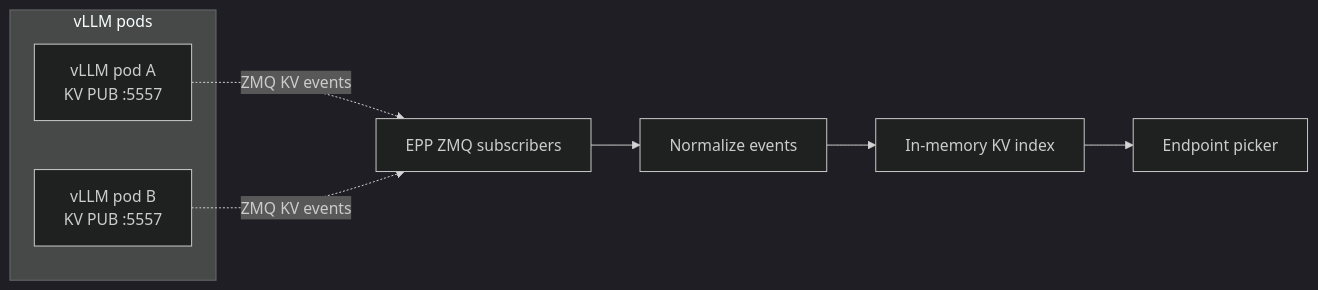
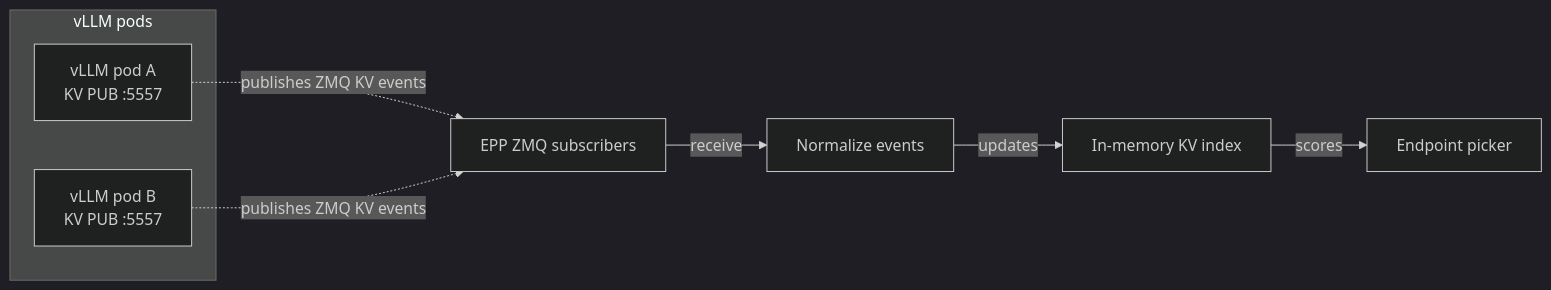
One commit to Nicoh25/dynamo changed the diagram in deploy/inference-gateway/ext-proc/examples/onramp/README.md. Above: the diagram before and after it, drawn with Mermaid (dark theme). The commit also changed 1 other file, not shown here.

Commit message:
fixup! docs/kubernetes: add vanilla vllm gaie on-ramp

````diff
--- a/deploy/inference-gateway/ext-proc/examples/onramp/README.md
+++ b/deploy/inference-gateway/ext-proc/examples/onramp/README.md
@@ -77,13 +77,13 @@
 ```mermaid
 flowchart LR
     subgraph Workers["vLLM pods"]
       W1["vLLM pod A<br/>KV PUB :5557"]
       W2["vLLM pod B<br/>KV PUB :5557"]
     end
 
-    W1 -. "ZMQ KV events" .-> Subscribers["EPP ZMQ subscribers"]
-    W2 -. "ZMQ KV events" .-> Subscribers
-    Subscribers --> Normalize["Normalize events"]
-    Normalize --> Index["In-memory KV index"]
-    Index --> Picker["Endpoint picker"]
+    W1 -. "publishes ZMQ KV events" .-> Subscribers["EPP ZMQ subscribers"]
+    W2 -. "publishes ZMQ KV events" .-> Subscribers
+    Subscribers -->|"receive"| Normalize["Normalize events"]
+    Normalize -->|"updates"| Index["In-memory KV index"]
+    Index -->|"scores"| Picker["Endpoint picker"]
 ```
````
